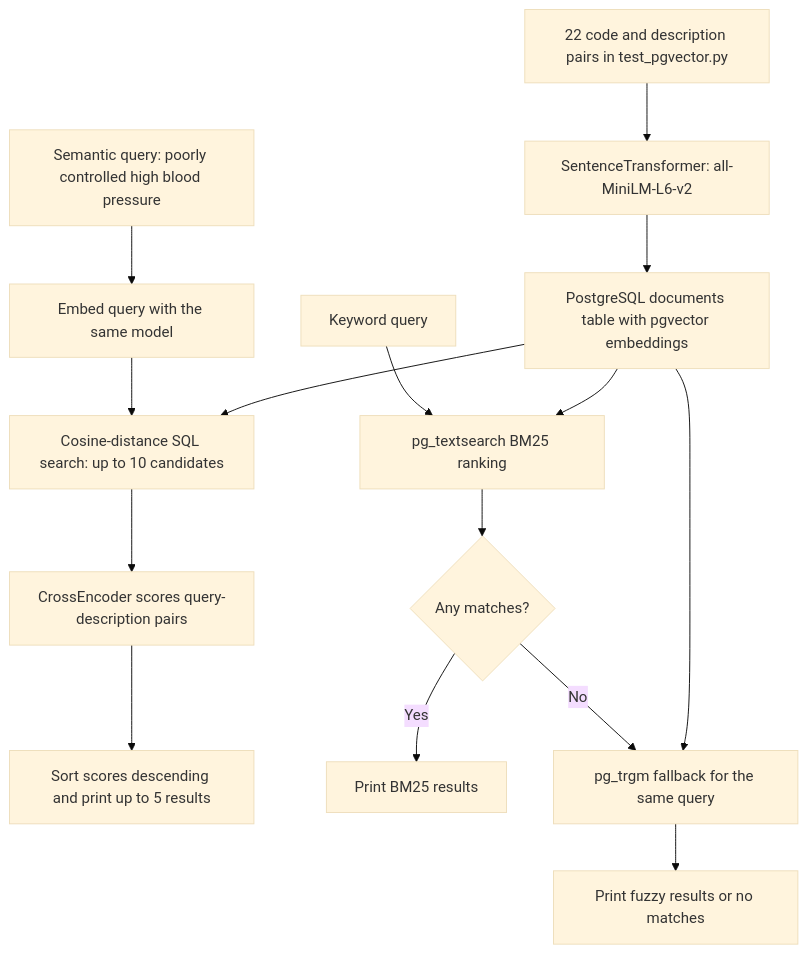
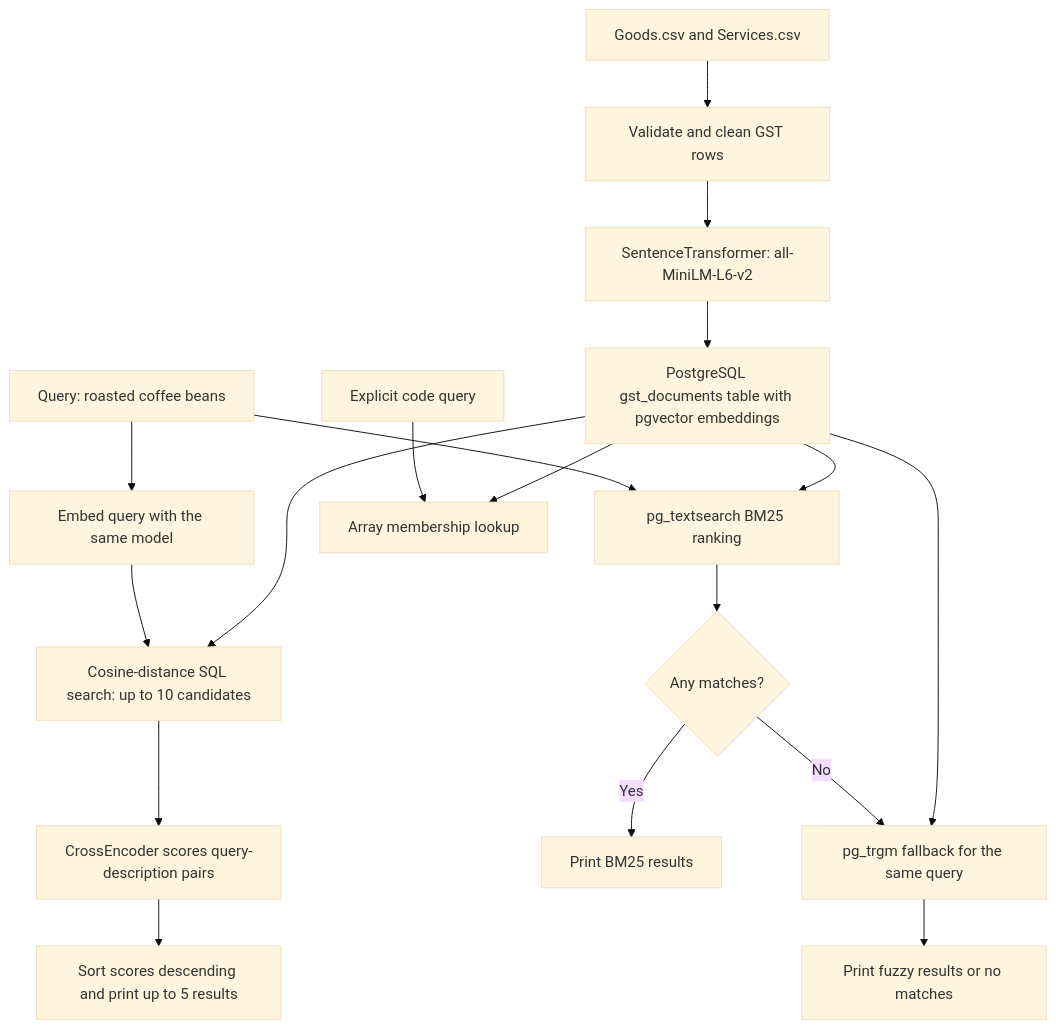
The diagram in docs/project-overview.md (Djinni12/pg-vec-demo), drawn with Mermaid (base theme) before and after one commit. The commit also changed other lines of this file and 12 other files, not shown here.

````diff
--- a/docs/project-overview.md
+++ b/docs/project-overview.md
@@ -13,17 +13,20 @@
 ```mermaid
 flowchart TD
-    A[22 code and description pairs in test_pgvector.py] --> B[SentenceTransformer: all-MiniLM-L6-v2]
-    B --> C[PostgreSQL documents table with pgvector embeddings]
-    D[Semantic query: poorly controlled high blood pressure] --> E[Embed query with the same model]
+    A[Goods.csv and Services.csv] --> A1[Validate and clean GST rows]
+    A1 --> B[SentenceTransformer: all-MiniLM-L6-v2]
+    B --> C[PostgreSQL gst_documents table with pgvector embeddings]
+    D[Query: roasted coffee beans] --> E[Embed query with the same model]
     E --> F[Cosine-distance SQL search: up to 10 candidates]
     C --> F
     F --> G[CrossEncoder scores query-description pairs]
     G --> H[Sort scores descending and print up to 5 results]
-    I[Keyword query] --> J[pg_textsearch BM25 ranking]
+    D --> J[pg_textsearch BM25 ranking]
     C --> J
     J --> L{Any matches?}
     L -->|Yes| K[Print BM25 results]
     L -->|No| M[pg_trgm fallback for the same query]
     C --> M
     M --> N[Print fuzzy results or no matches]
+    O[Explicit code query] --> P[Array membership lookup]
+    C --> P
 ```
````
